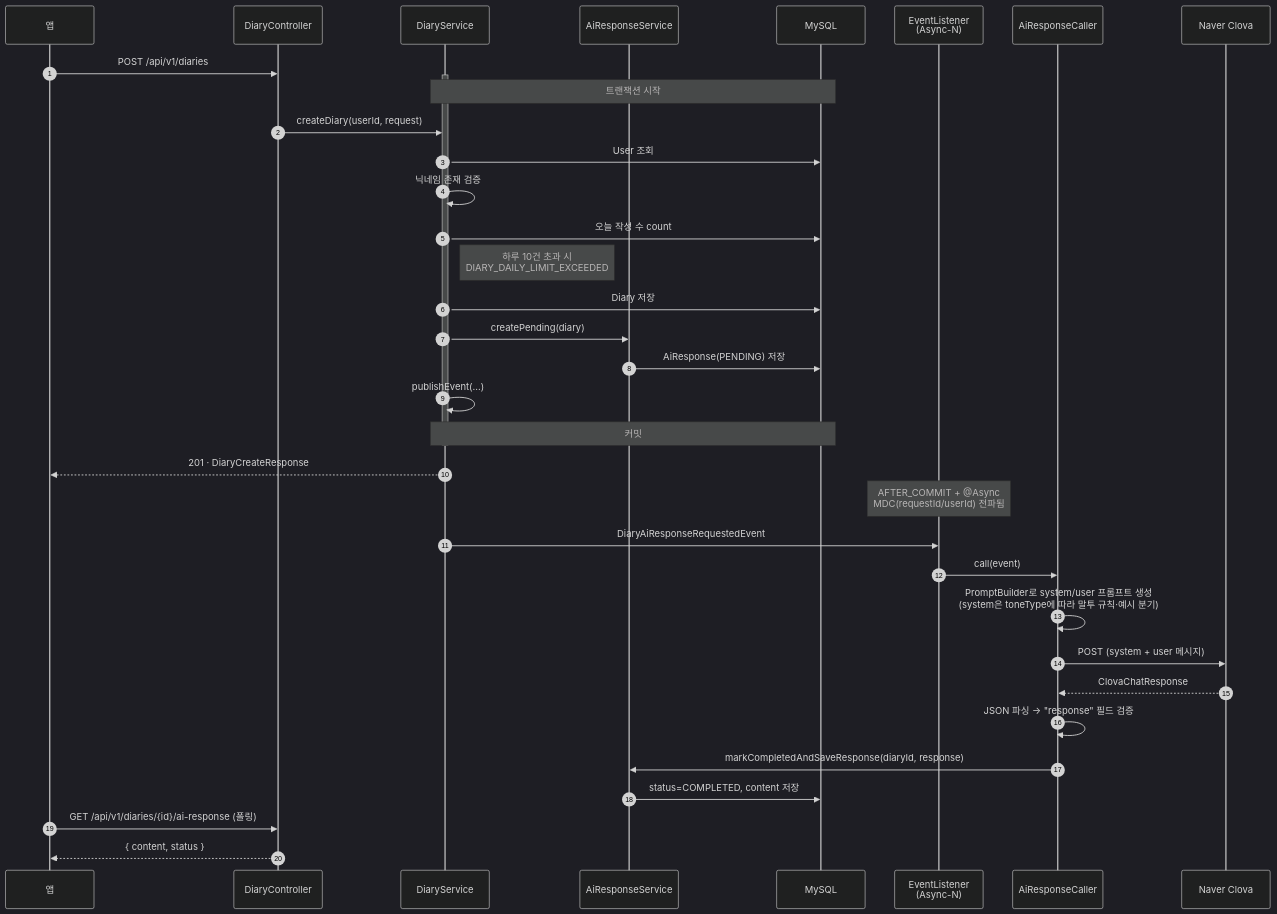
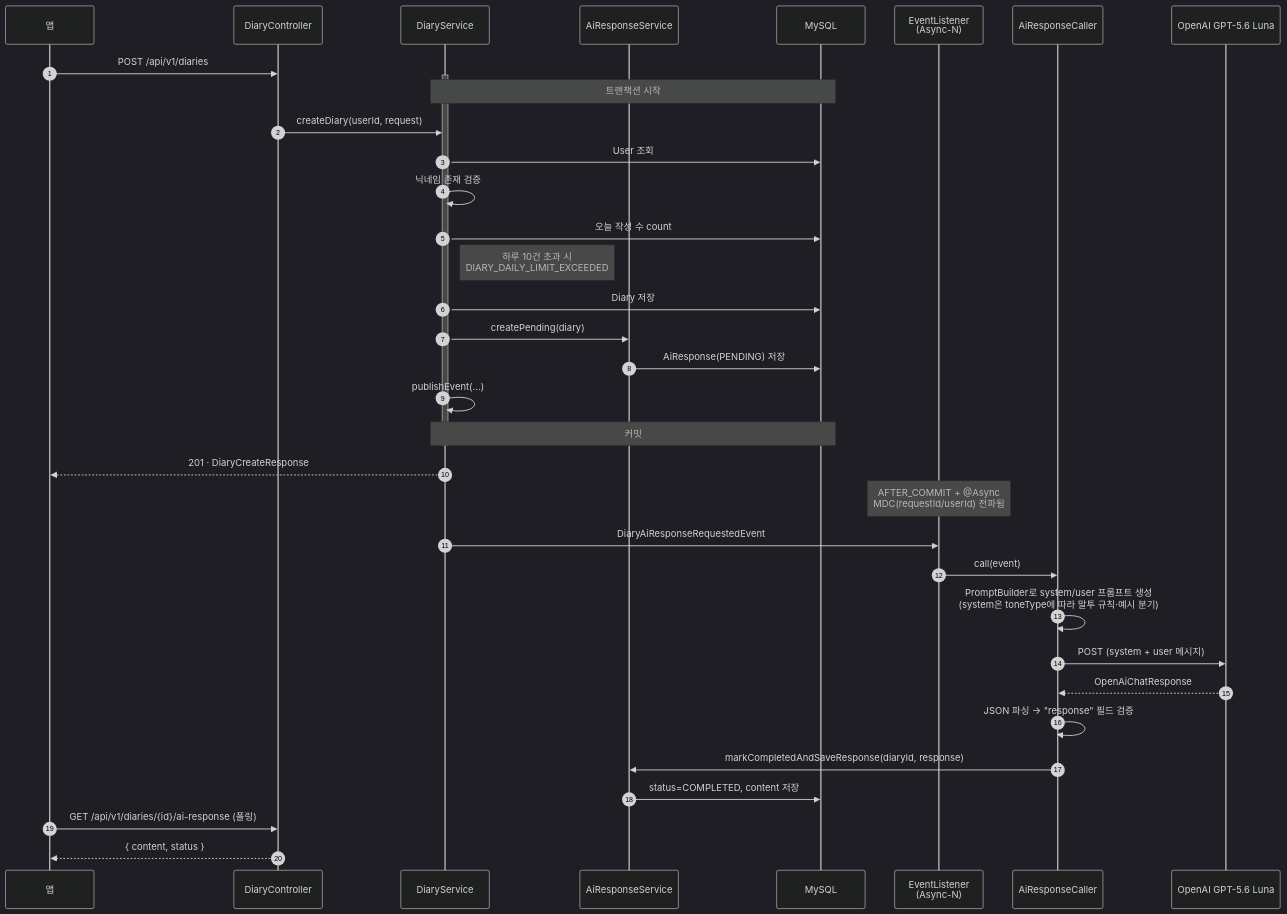
One commit to hearu-application/backend changed the fourth of 8 diagrams in docs/architecture.md. Above: the diagram before and after it, drawn with Mermaid (dark theme). The commit also changed other lines of this file and 16 other files, not shown here.

First line of the commit message:
feat(ai-response): LLM 제공자를 Naver Clova에서 OpenAI GPT-5.6 Luna로 교체

````diff
--- a/docs/architecture.md
+++ b/docs/architecture.md
@@ -146,41 +146,41 @@
 ```mermaid
 sequenceDiagram
     autonumber
     participant C as 앱
     participant DC as DiaryController
     participant DS as DiaryService
     participant AS as AiResponseService
     participant DB as MySQL
     participant L as EventListener<br/>(Async-N)
     participant AC as AiResponseCaller
-    participant LLM as Naver Clova
+    participant LLM as OpenAI GPT-5.6 Luna
 
     C->>DC: POST /api/v1/diaries
     activate DS
     Note over DS,DB: 트랜잭션 시작
     DC->>DS: createDiary(userId, request)
     DS->>DB: User 조회
     DS->>DS: 닉네임 존재 검증
     DS->>DB: 오늘 작성 수 count
     Note right of DS: 하루 10건 초과 시<br/>DIARY_DAILY_LIMIT_EXCEEDED
     DS->>DB: Diary 저장
     DS->>AS: createPending(diary)
     AS->>DB: AiResponse(PENDING) 저장
     DS->>DS: publishEvent(...)
     Note over DS,DB: 커밋
     deactivate DS
     DS-->>C: 201 · DiaryCreateResponse
 
     Note over L: AFTER_COMMIT + @Async<br/>MDC(requestId/userId) 전파됨
     DS->>L: DiaryAiResponseRequestedEvent
     L->>AC: call(event)
     AC->>AC: PromptBuilder로 system/user 프롬프트 생성<br/>(system은 toneType에 따라 말투 규칙·예시 분기)
     AC->>LLM: POST (system + user 메시지)
-    LLM-->>AC: ClovaChatResponse
+    LLM-->>AC: OpenAiChatResponse
     AC->>AC: JSON 파싱 → "response" 필드 검증
     AC->>AS: markCompletedAndSaveResponse(diaryId, response)
     AS->>DB: status=COMPLETED, content 저장
 
     C->>DC: GET /api/v1/diaries/{id}/ai-response (폴링)
     DC-->>C: { content, status }
 ```
````
